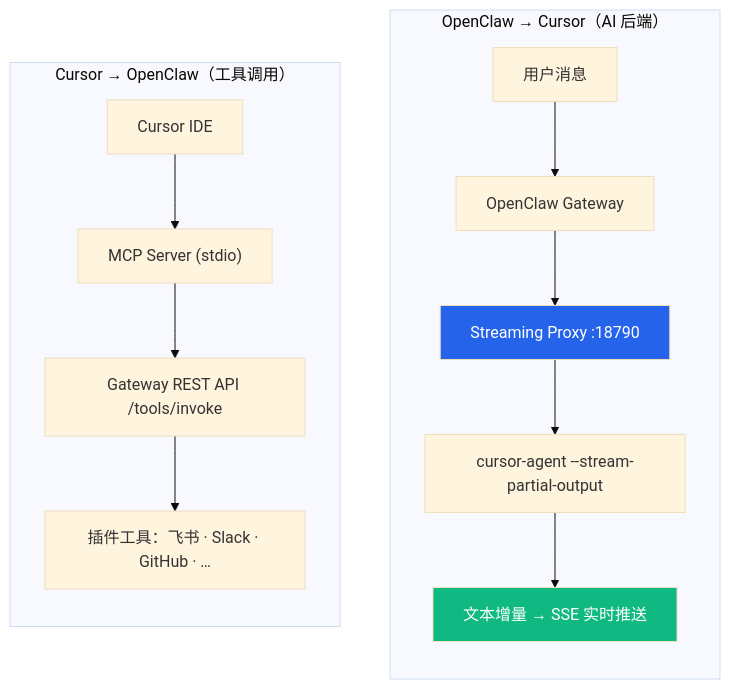
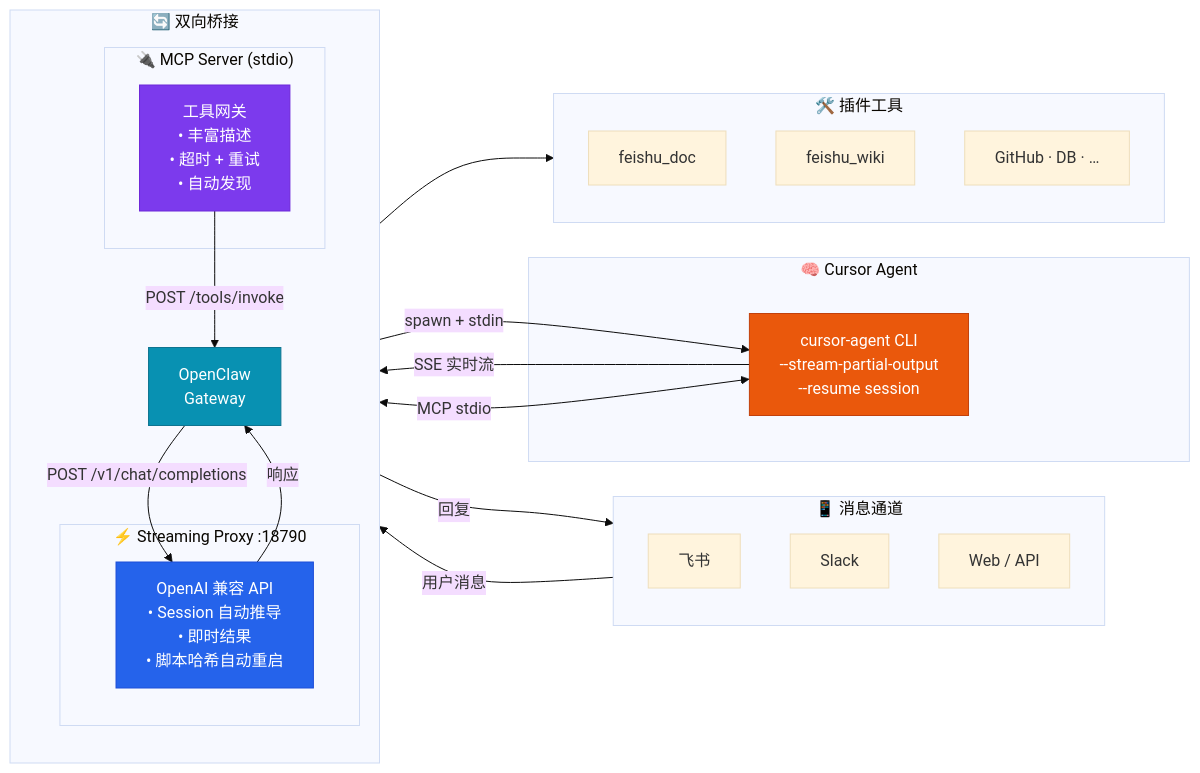
One commit to andeya/openclaw-cursor-bridge changed the diagram in README_ZH.md. Above: the diagram before and after it, drawn with Mermaid (base theme). The commit also changed other lines of this file and 8 other files, not shown here.

````diff
--- a/README_ZH.md
+++ b/README_ZH.md
@@ -53,20 +56,49 @@
 ```mermaid
-flowchart TB
-    subgraph path1["OpenClaw → Cursor（AI 后端）"]
+flowchart LR
+    subgraph Channels ["📱 消息通道"]
         direction TB
-        User["用户消息"] --> GW["OpenClaw Gateway"]
-        GW --> Proxy["Streaming Proxy :18790"]
-        Proxy --> Agent["cursor-agent --stream-partial-output"]
-        Agent --> SSE["文本增量 → SSE 实时推送"]
+        Feishu["飞书"]
+        Slack["Slack"]
+        Web["Web / API"]
     end
 
-    subgraph path2["Cursor → OpenClaw（工具调用）"]
+    subgraph Core ["🔄 双向桥接"]
         direction TB
-        IDE["Cursor IDE"] --> MCP["MCP Server (stdio)"]
-        MCP --> REST["Gateway REST API /tools/invoke"]
-        REST --> Tools["插件工具：飞书 · Slack · GitHub · …"]
+        GW["OpenClaw\nGateway"]
+
+        subgraph ProxyBox ["⚡ Streaming Proxy :18790"]
+            Proxy["OpenAI 兼容 API\n• Session 自动推导\n• 即时结果\n• 脚本哈希自动重启"]
+        end
+
+        subgraph MCPBox ["🔌 MCP Server (stdio)"]
+            MCP["工具网关\n• 丰富描述\n• 超时 + 重试\n• 自动发现"]
+        end
     end
 
-    style Proxy fill:#2563eb,color:#fff
-    style SSE fill:#10b981,color:#fff
+    subgraph AI ["🧠 Cursor Agent"]
+        Agent["cursor-agent CLI\n--stream-partial-output\n--resume session"]
+    end
+
+    subgraph Tools ["🛠️ 插件工具"]
+        direction TB
+        T1["feishu_doc"]
+        T2["feishu_wiki"]
+        T3["GitHub · DB · …"]
+    end
+
+    Channels -->|"用户消息"| GW
+    GW -->|"POST /v1/chat/completions"| Proxy
+    Proxy -->|"spawn + stdin"| Agent
+    Agent -->|"SSE 实时流"| Proxy
+    Proxy -->|"响应"| GW
+    GW -->|"回复"| Channels
+
+    Agent <-->|"MCP stdio"| MCP
+    MCP -->|"POST /tools/invoke"| GW
+    GW --> Tools
+
+    style Proxy fill:#2563eb,color:#fff,stroke:#1d4ed8
+    style MCP fill:#7c3aed,color:#fff,stroke:#6d28d9
+    style Agent fill:#ea580c,color:#fff,stroke:#c2410c
+    style GW fill:#0891b2,color:#fff,stroke:#0e7490
 ```
````
